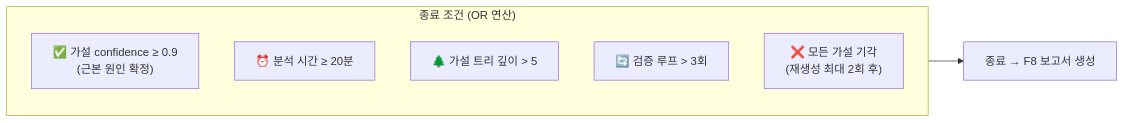
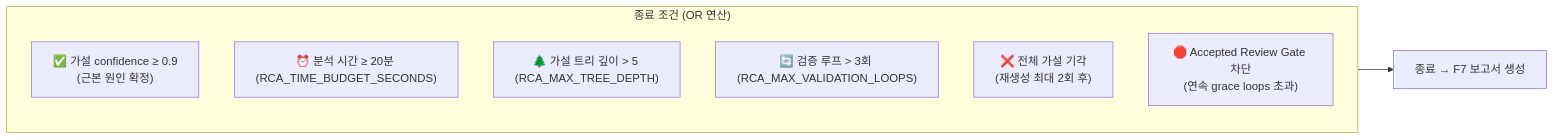
The seventh of 22 diagrams in docs/system-guide-for-ops.md (haandol/rca-agent), drawn with Mermaid before and after one commit. The commit also changed other lines of this file and 9 other files, not shown here.

````diff
--- a/docs/system-guide-for-ops.md
+++ b/docs/system-guide-for-ops.md
@@ -345,12 +343,13 @@
 ```mermaid
 graph LR
     subgraph Conditions["종료 조건 (OR 연산)"]
         C1["✅ 가설 confidence ≥ 0.9<br/>(근본 원인 확정)"]
-        C2["⏰ 분석 시간 ≥ 20분"]
-        C3["🌲 가설 트리 깊이 > 5"]
-        C4["🔄 검증 루프 > 3회"]
-        C5["❌ 모든 가설 기각<br/>(재생성 최대 2회 후)"]
+        C2["⏰ 분석 시간 ≥ 20분 (RCA_TIME_BUDGET_SECONDS)"]
+        C3["🌲 가설 트리 깊이 > 5 (RCA_MAX_TREE_DEPTH)"]
+        C4["🔄 검증 루프 > 3회 (RCA_MAX_VALIDATION_LOOPS)"]
+        C5["❌ 전체 가설 기각<br/>(재생성 최대 2회 후)"]
+        C6["🛑 Accepted Review Gate 차단<br/>(연속 grace loops 초과)"]
     end
-    
-    Conditions --> STOP["종료 → F8 보고서 생성"]
+
+    Conditions --> STOP["종료 → F7 보고서 생성"]
 ```
````
